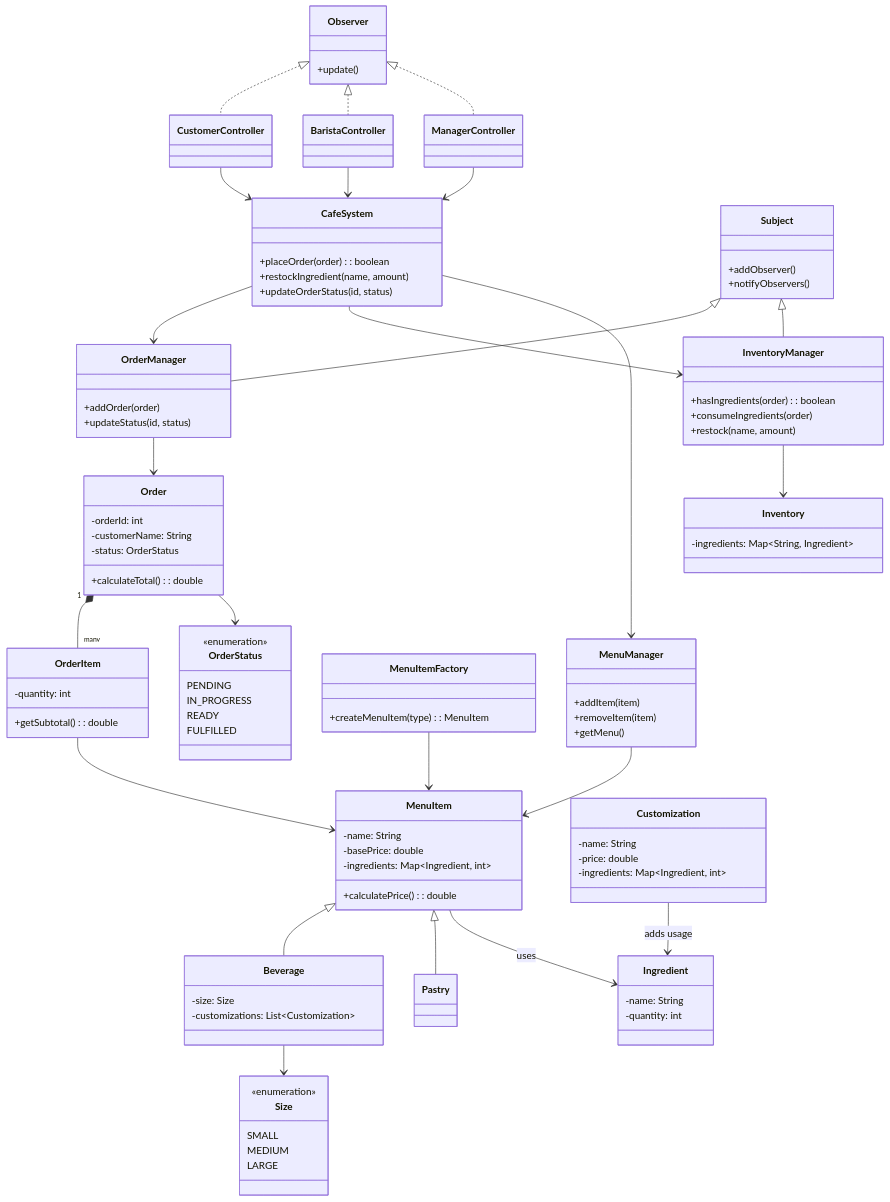
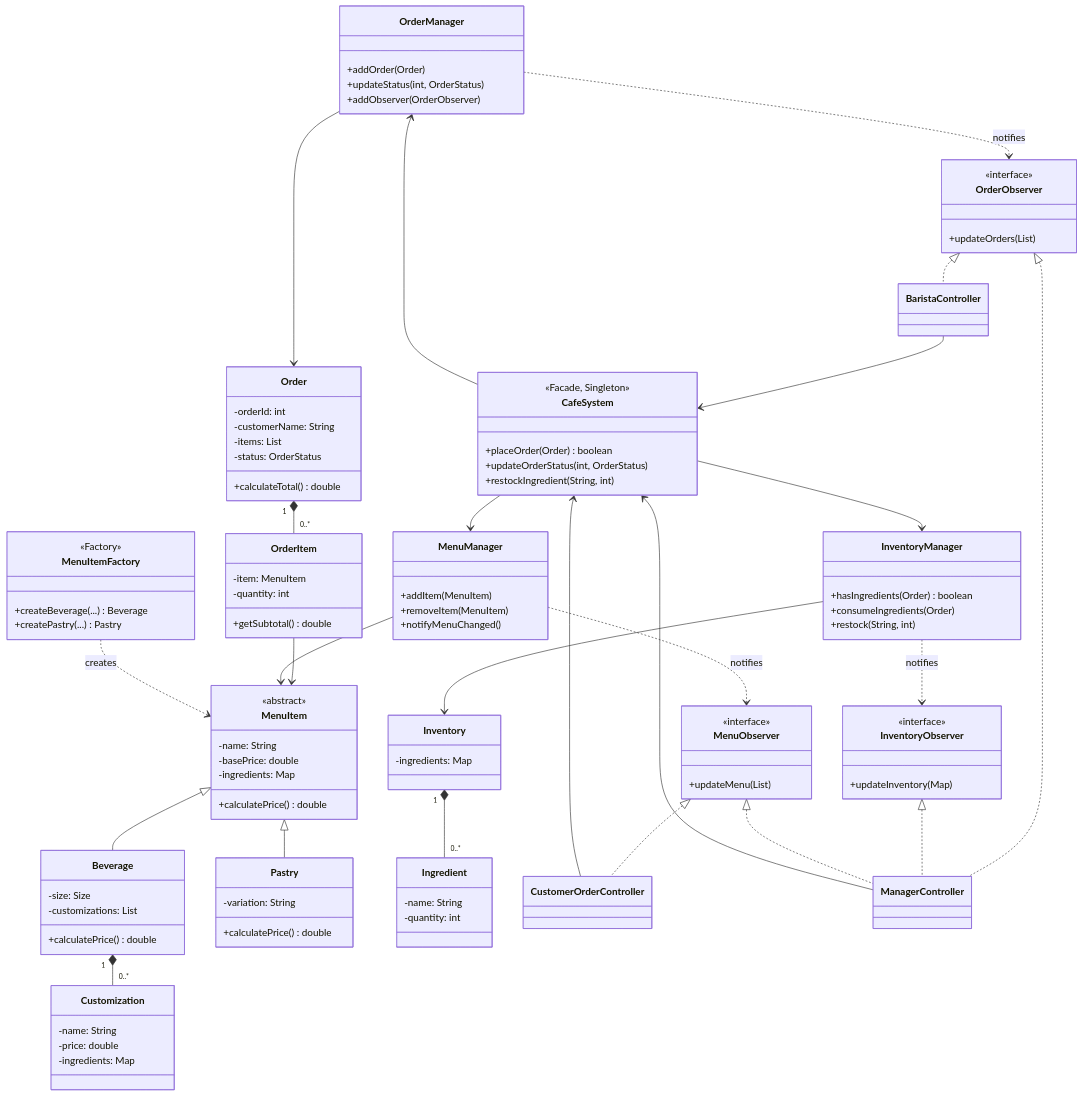
Before and after one commit to nhulchris/ICS-372-Group-Project: the second of 6 diagrams in Report.md, drawn with Mermaid. The commit also changed other lines of this file, not shown here.

````diff
--- a/Report.md
+++ b/Report.md
@@ -104,140 +175,132 @@
 ```mermaid
 classDiagram
+    class MenuItem {
+        <<abstract>>
+        -name: String
+        -basePrice: double
+        -ingredients: Map
+        +calculatePrice() double
+    }
 
-class MenuItem {
-  -name: String
-  -basePrice: double
-  -ingredients: Map~Ingredient, int~
-  +calculatePrice(): double
-}
+    class Beverage {
+        -size: Size
+        -customizations: List
+        +calculatePrice() double
+    }
 
-class Beverage {
-  -size: Size
-  -customizations: List~Customization~
-}
+    class Pastry {
+        -variation: String
+        +calculatePrice() double
+    }
 
-class Pastry {
-}
+    MenuItem <|-- Beverage
+    MenuItem <|-- Pastry
 
-MenuItem <|-- Beverage
-MenuItem <|-- Pastry
+    class Customization {
+        -name: String
+        -price: double
+        -ingredients: Map
+    }
 
-class Customization {
-  -name: String
-  -price: double
-  -ingredients: Map~Ingredient, int~
-}
+    Beverage "1" *-- "0..*" Customization
 
-MenuItem --> Ingredient : uses
-Customization --> Ingredient : adds usage
+    class Order {
+        -orderId: int
+        -customerName: String
+        -items: List
+        -status: OrderStatus
+        +calculateTotal() double
+    }
 
-class Order {
-  -orderId: int
-  -customerName: String
-  -status: OrderStatus
-  +calculateTotal(): double
-}
+    class OrderItem {
+        -item: MenuItem
+        -quantity: int
+        +getSubtotal() double
+    }
 
-class OrderItem {
-  -quantity: int
-  +getSubtotal(): double
-}
+    Order "1" *-- "0..*" OrderItem
+    OrderItem --> MenuItem
 
-Order "1" *-- "many" OrderItem
-OrderItem --> MenuItem
+    class Ingredient {
+        -name: String
+        -quantity: int
+    }
 
-class Ingredient {
-  -name: String
-  -quantity: int
-}
+    class Inventory {
+        -ingredients: Map
+    }
 
-class Inventory {
-  -ingredients: Map~String, Ingredient~
-}
+    Inventory "1" *-- "0..*" Ingredient
 
+    class OrderManager {
+        +addOrder(Order)
+        +updateStatus(int, OrderStatus)
+        +addObserver(OrderObserver)
+    }
 
-class OrderManager {
-  +addOrder(order)
-  +updateStatus(id, status)
-}
+    class InventoryManager {
+        +hasIngredients(Order) boolean
+        +consumeIngredients(Order)
+        +restock(String, int)
+    }
 
-class InventoryManager {
-  +hasIngredients(order): boolean
-  +consumeIngredients(order)
-  +restock(name, amount)
-}
+    class MenuManager {
+        +addItem(MenuItem)
+        +removeItem(MenuItem)
+        +notifyMenuChanged()
+    }
 
-class MenuManager {
-  +addItem(item)
-  +removeItem(item)
-  +getMenu()
-}
+    OrderManager --> Order
+    InventoryManager --> Inventory
+    MenuManager --> MenuItem
 
-OrderManager --> Order
-InventoryManager --> Inventory
-MenuManager --> MenuItem
+    class CafeSystem {
+        <<Facade, Singleton>>
+        +placeOrder(Order) boolean
+        +updateOrderStatus(int, OrderStatus)
+        +restockIngredient(String, int)
+    }
 
+    CafeSystem --> OrderManager
+    CafeSystem --> InventoryManager
+    CafeSystem --> MenuManager
 
-class CafeSystem {
-  +placeOrder(order): boolean
-  +restockIngredient(name, amount)
-  +updateOrderStatus(id, status)
-}
+    class MenuItemFactory {
+        <<Factory>>
+        +createBeverage(...) Beverage
+        +createPastry(...) Pastry
+    }
 
-CafeSystem --> OrderManager
-CafeSystem --> InventoryManager
-CafeSystem --> MenuManager
+    MenuItemFactory ..> MenuItem : creates
 
+    class OrderObserver {
+        <<interface>>
+        +updateOrders(List)
+    }
+    class InventoryObserver {
+        <<interface>>
+        +updateInventory(Map)
+    }
+    class MenuObserver {
+        <<interface>>
+        +updateMenu(List)
+    }
 
-class MenuItemFactory {
-  +createMenuItem(type): MenuItem
-}
+    OrderManager ..> OrderObserver : notifies
+    InventoryManager ..> InventoryObserver : notifies
+    MenuManager ..> MenuObserver : notifies
 
-MenuItemFactory --> MenuItem
+    class CustomerOrderController
+    class BaristaController
+    class ManagerController
 
+    OrderObserver <|.. BaristaController
+    OrderObserver <|.. ManagerController
+    InventoryObserver <|.. ManagerController
+    MenuObserver <|.. CustomerOrderController
+    MenuObserver <|.. ManagerController
 
-class Subject {
-  +addObserver()
-  +notifyObservers()
-}
-
-class Observer {
-  +update()
-}
-
-Subject <|-- OrderManager
-Subject <|-- InventoryManager
-
-
-Observer <|.. CustomerController
-Observer <|.. BaristaController
-Observer <|.. ManagerController
-
-
-class Size {
-  <<enumeration>>
-  SMALL
-  MEDIUM
-  LARGE
-}
-
-class OrderStatus {
-  <<enumeration>>
-  PENDING
-  IN_PROGRESS
-  READY
-  FULFILLED
-}
-
-Beverage --> Size
-Order --> OrderStatus
-
-
-class CustomerController
-class BaristaController
-class ManagerController
-
-CustomerController --> CafeSystem
-BaristaController --> CafeSystem
-ManagerController --> CafeSystem
+    CustomerOrderController --> CafeSystem
+    BaristaController --> CafeSystem
+    ManagerController --> CafeSystem
 ```
````
